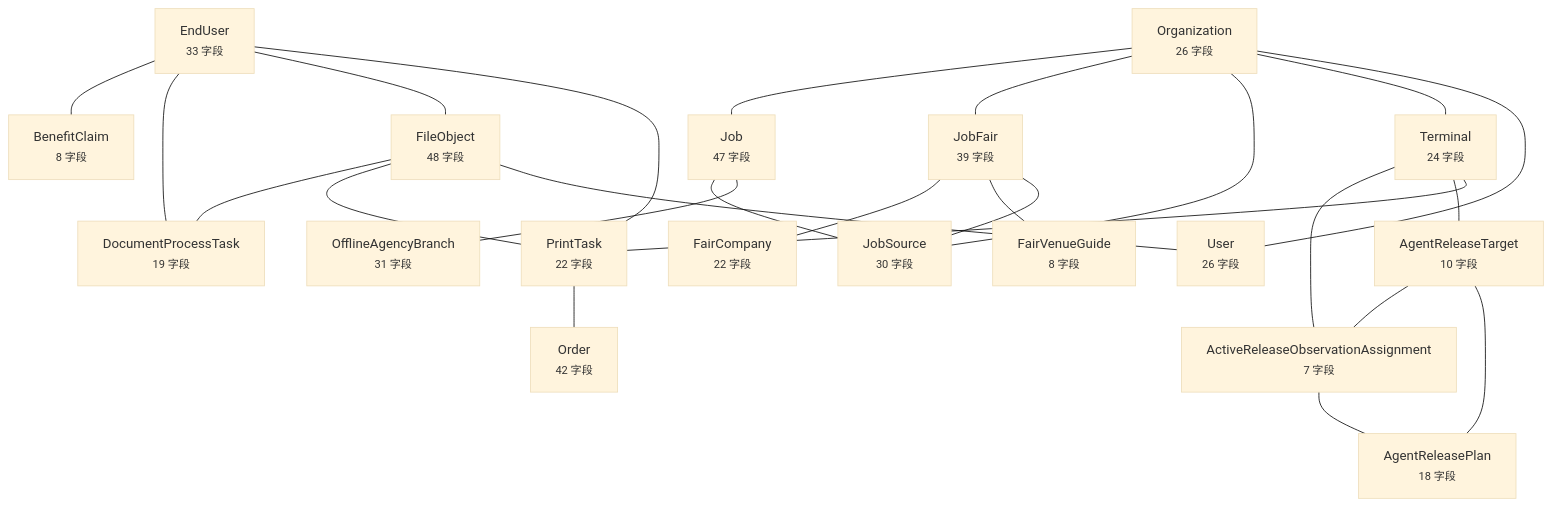
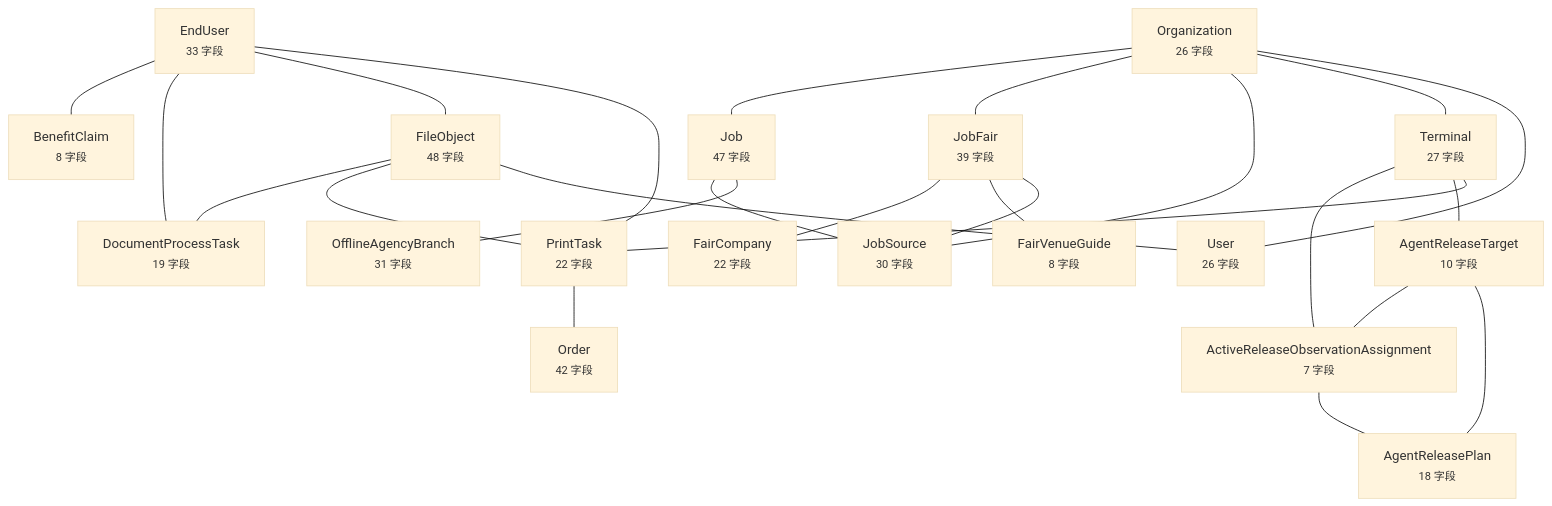
The diagram in docs/graph/data-model.md (wanglei581/YITIJI), drawn with Mermaid (base theme) before and after one commit. The commit also changed other lines of this file and 4 other files, not shown here.

Commit message:
docs(graph): regenerate after the terminal twin timeline changes

````diff
--- a/docs/graph/data-model.md
+++ b/docs/graph/data-model.md
@@ -10,45 +10,45 @@
 ```mermaid
 flowchart TD
   EndUser["EndUser<br/><small>33 字段</small>"]
   Organization["Organization<br/><small>26 字段</small>"]
-  Terminal["Terminal<br/><small>24 字段</small>"]
+  Terminal["Terminal<br/><small>27 字段</small>"]
   FileObject["FileObject<br/><small>48 字段</small>"]
   Job["Job<br/><small>47 字段</small>"]
   JobFair["JobFair<br/><small>39 字段</small>"]
   JobSource["JobSource<br/><small>30 字段</small>"]
   User["User<br/><small>26 字段</small>"]
   PrintTask["PrintTask<br/><small>22 字段</small>"]
   AgentReleaseTarget["AgentReleaseTarget<br/><small>10 字段</small>"]
   Order["Order<br/><small>42 字段</small>"]
   ActiveReleaseObservationAssignment["ActiveReleaseObservationAssignment<br/><small>7 字段</small>"]
   AgentReleasePlan["AgentReleasePlan<br/><small>18 字段</small>"]
   BenefitClaim["BenefitClaim<br/><small>8 字段</small>"]
   DocumentProcessTask["DocumentProcessTask<br/><small>19 字段</small>"]
   FairCompany["FairCompany<br/><small>22 字段</small>"]
   FairVenueGuide["FairVenueGuide<br/><small>8 字段</small>"]
   OfflineAgencyBranch["OfflineAgencyBranch<br/><small>31 字段</small>"]
   EndUser --- BenefitClaim
   EndUser --- DocumentProcessTask
   EndUser --- FileObject
   EndUser --- PrintTask
   Organization --- Job
   Organization --- JobFair
   Organization --- JobSource
   Organization --- Terminal
   Organization --- User
   Terminal --- ActiveReleaseObservationAssignment
   Terminal --- AgentReleaseTarget
   Terminal --- PrintTask
   FileObject --- DocumentProcessTask
   FileObject --- PrintTask
   FileObject --- User
   Job --- JobSource
   Job --- OfflineAgencyBranch
   JobFair --- FairCompany
   JobFair --- FairVenueGuide
   JobFair --- JobSource
   PrintTask --- Order
   AgentReleaseTarget --- ActiveReleaseObservationAssignment
   AgentReleaseTarget --- AgentReleasePlan
   ActiveReleaseObservationAssignment --- AgentReleasePlan
 ```
````
